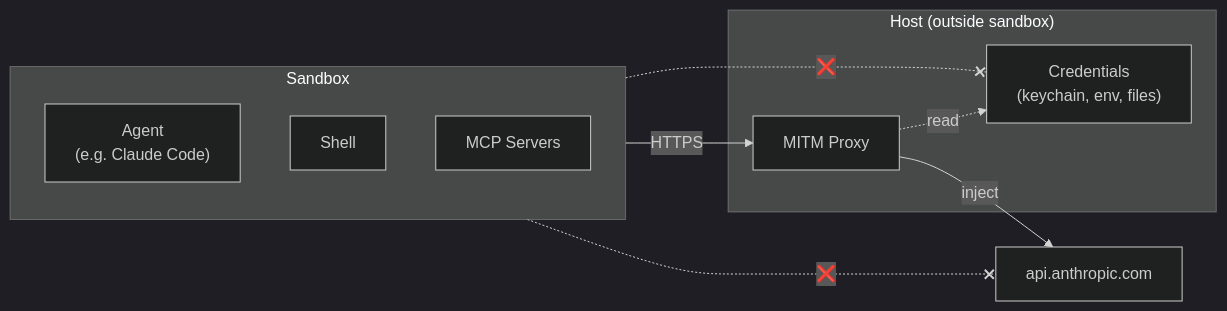
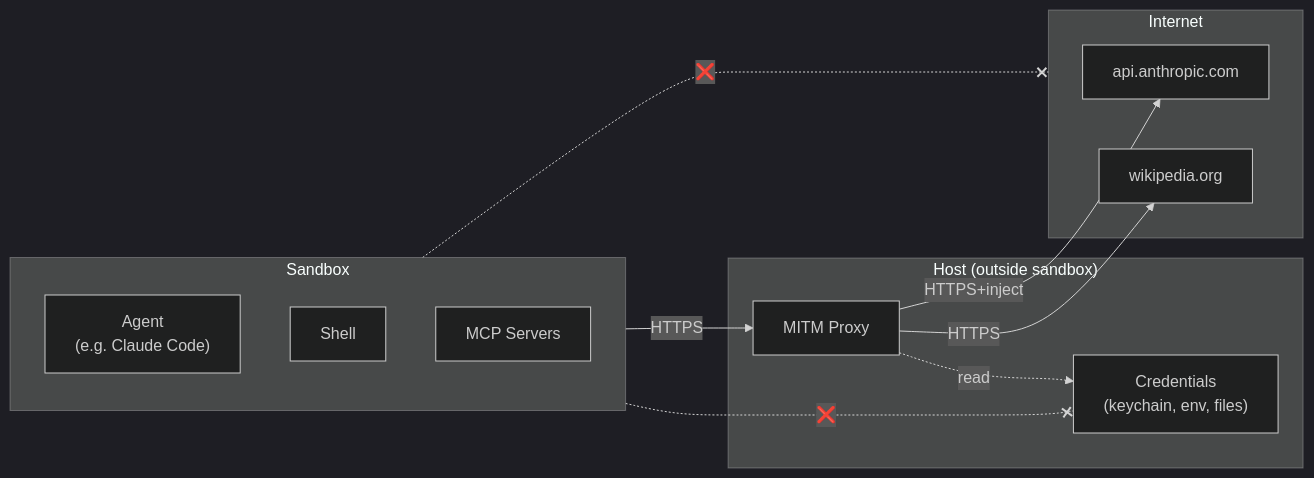
The first of 3 diagrams in slides.md (thepwagner-org/nix-jail), drawn with Mermaid (dark theme) before and after one commit.

Commit message:
slides: add Internet subgraph, show HTTPS vs HTTPS+inject
🤖 Generated with [Claude Code](https://claude.com/claude-code)

````diff
--- a/slides.md
+++ b/slides.md
@@ -5,22 +5,26 @@
 ```mermaid
 flowchart LR
     subgraph Sandbox
         Agent["Agent<br/>(e.g. Claude Code)"]
         Shell["Shell"]
         MCP["MCP Servers"]
     end
 
     subgraph Host["Host (outside sandbox)"]
         Proxy["MITM Proxy"]
         Creds["Credentials<br/>(keychain, env, files)"]
     end
 
-    Internet["api.anthropic.com"]
+    subgraph Internet
+        Anthropic["api.anthropic.com"]
+        Wikipedia["wikipedia.org"]
+    end
 
     Sandbox -->|"HTTPS"| Proxy
     Proxy -.->|"read"| Creds
-    Proxy -->|"inject"| Internet
+    Proxy -->|"HTTPS+inject"| Anthropic
+    Proxy -->|"HTTPS"| Wikipedia
 
     Sandbox -.-x|"❌"| Internet
     Sandbox -.-x|"❌"| Creds
 ```
````
